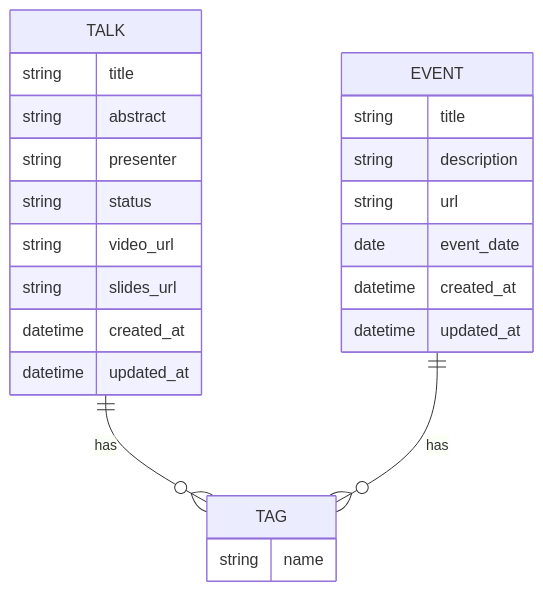
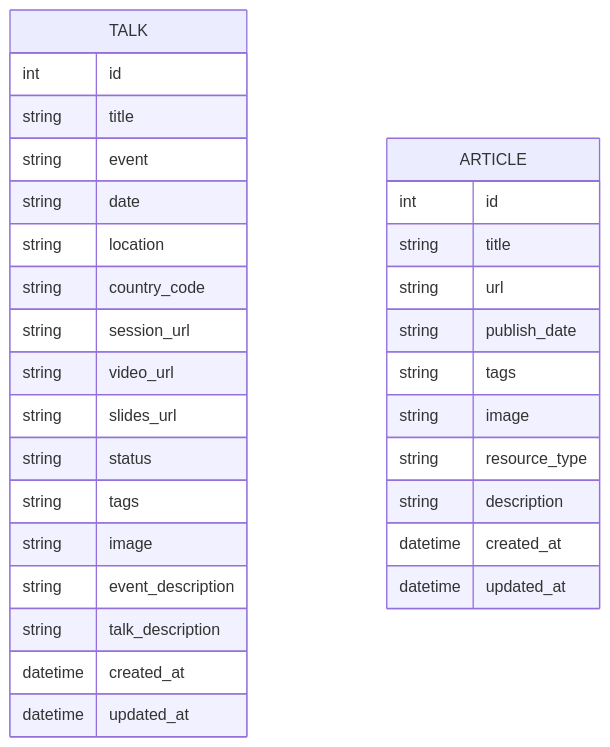
One commit to palladius/vibecoding changed the diagram in apps-portfolio/README.md. Above: the diagram before and after it, drawn with Mermaid. The commit also changed 7 other files, not shown here.

Commit message:
feat(data): differentiate between event and talk descriptions

````diff
--- a/apps-portfolio/README.md
+++ b/apps-portfolio/README.md
@@ -27,26 +27,33 @@
 ```mermaid
 erDiagram
-    TALK ||--o{ TAG : has
-    EVENT ||--o{ TAG : has
     TALK {
+        int id
         string title
-        string abstract
-        string presenter
-        string status
+        string event
+        string date
+        string location
+        string country_code
+        string session_url
         string video_url
         string slides_url
+        string status
+        string tags
+        string image
+        string event_description
+        string talk_description
         datetime created_at
         datetime updated_at
     }
-    EVENT {
+    ARTICLE {
+        int id
         string title
+        string url
+        string publish_date
+        string tags
+        string image
+        string resource_type
         string description
-        string url
-        date event_date
         datetime created_at
         datetime updated_at
     }
-    TAG {
-        string name
-    }
 ```
````
